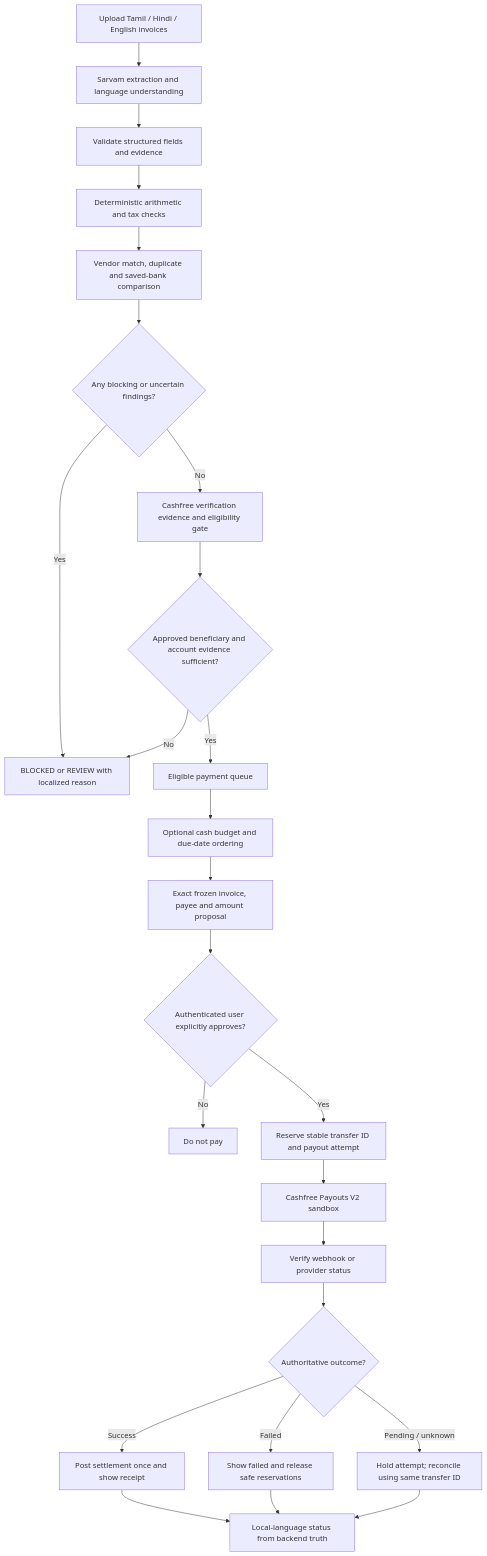
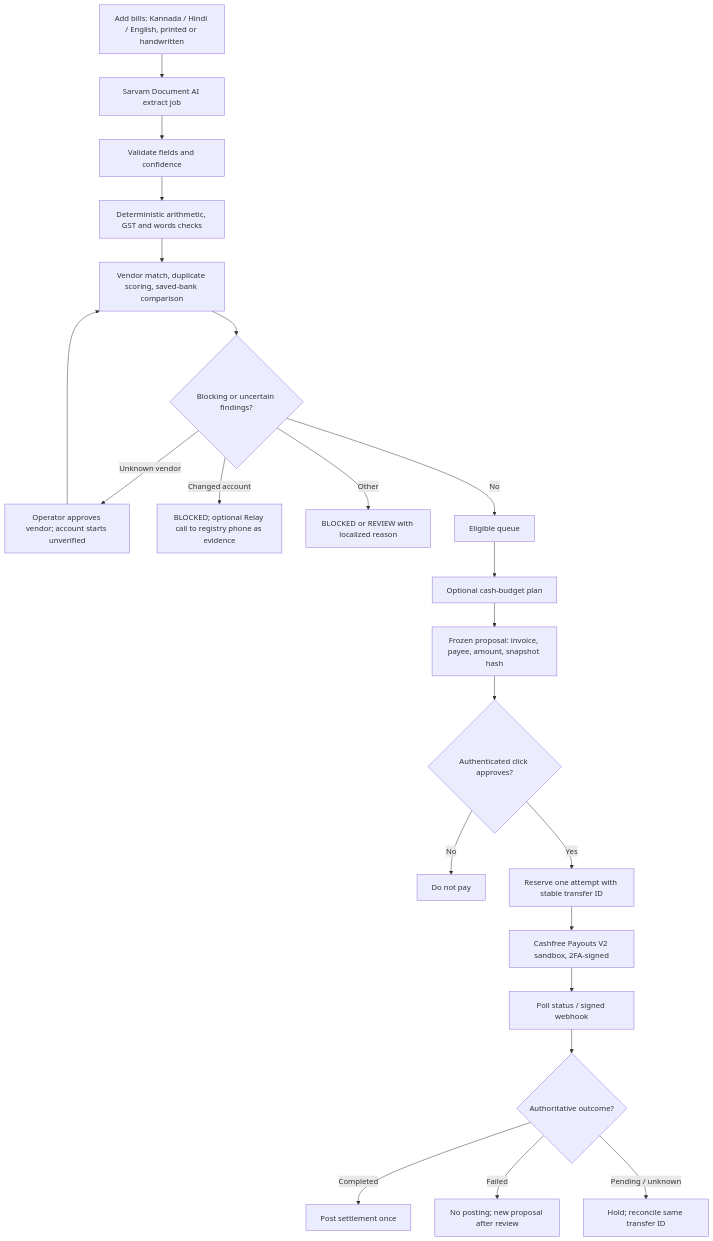
One commit to ritwijn/nipta changed the diagram in docs/PRD.md. Above: the diagram before and after it, drawn with Mermaid. The commit also changed other lines of this file and 7 other files, not shown here.

First line of the commit message:
PRD v5.0 to match the code; vendor prefill; add bills to current list

````diff
--- a/docs/PRD.md
+++ b/docs/PRD.md
@@ -146,27 +155,24 @@
 ```mermaid
 flowchart TD
-    A[Upload Tamil / Hindi / English invoices] --> B[Sarvam extraction and language understanding]
-    B --> C[Validate structured fields and evidence]
-    C --> D[Deterministic arithmetic and tax checks]
-    D --> E[Vendor match, duplicate and saved-bank comparison]
-    E --> F{Any blocking or uncertain findings?}
-    F -- Yes --> G[BLOCKED or REVIEW with localized reason]
-    F -- No --> H[Cashfree verification evidence and eligibility gate]
-    H --> I{Approved beneficiary and account evidence sufficient?}
-    I -- No --> G
-    I -- Yes --> J[Eligible payment queue]
-    J --> K[Optional cash budget and due-date ordering]
-    K --> L[Exact frozen invoice, payee and amount proposal]
-    L --> M{Authenticated user explicitly approves?}
+    A[Add bills: Kannada / Hindi / English, printed or handwritten] --> B[Sarvam Document AI extract job]
+    B --> C[Validate fields and confidence]
+    C --> D[Deterministic arithmetic, GST and words checks]
+    D --> E[Vendor match, duplicate scoring, saved-bank comparison]
+    E --> F{Blocking or uncertain findings?}
+    F -- Unknown vendor --> V1[Operator approves vendor; account starts unverified]
+    V1 --> E
+    F -- Changed account --> R1[BLOCKED; optional Relay call to registry phone as evidence]
+    F -- Other --> G[BLOCKED or REVIEW with localized reason]
+    F -- No --> J[Eligible queue]
+    J --> K[Optional cash-budget plan]
+    K --> L[Frozen proposal: invoice, payee, amount, snapshot hash]
+    L --> M{Authenticated click approves?}
     M -- No --> N[Do not pay]
-    M -- Yes --> O[Reserve stable transfer ID and payout attempt]
-    O --> P[Cashfree Payouts V2 sandbox]
-    P --> Q[Verify webhook or provider status]
-    Q --> R{Authoritative outcome?}
-    R -- Success --> S[Post settlement once and show receipt]
-    R -- Failed --> T[Show failed and release safe reservations]
-    R -- Pending / unknown --> U[Hold attempt; reconcile using same transfer ID]
-    S --> V[Local-language status from backend truth]
-    T --> V
-    U --> V
+    M -- Yes --> O[Reserve one attempt with stable transfer ID]
+    O --> P[Cashfree Payouts V2 sandbox, 2FA-signed]
+    P --> Q[Poll status / signed webhook]
+    Q --> RR{Authoritative outcome?}
+    RR -- Completed --> S[Post settlement once]
+    RR -- Failed --> T[No posting; new proposal after review]
+    RR -- Pending / unknown --> U[Hold; reconcile same transfer ID]
 ```
````
